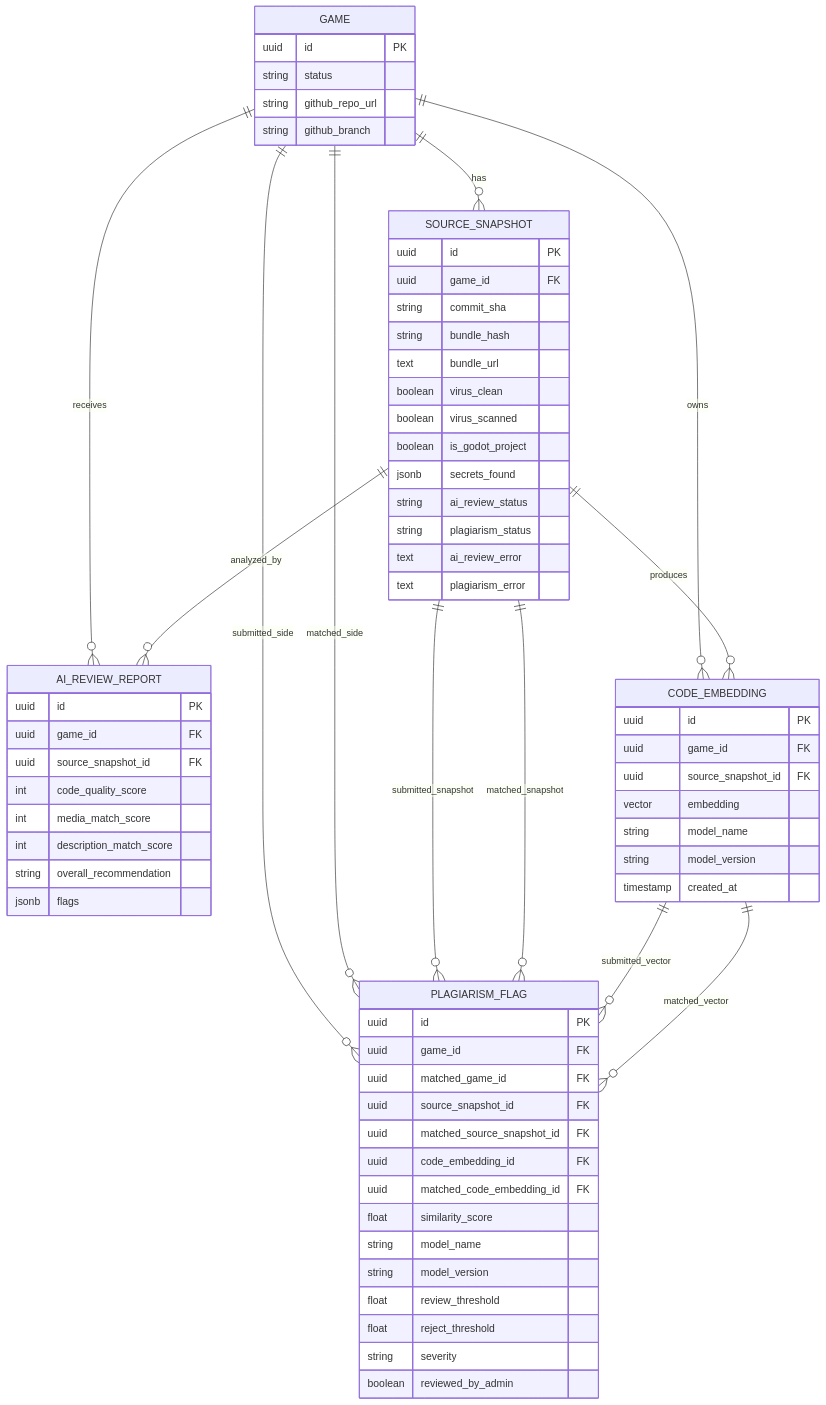
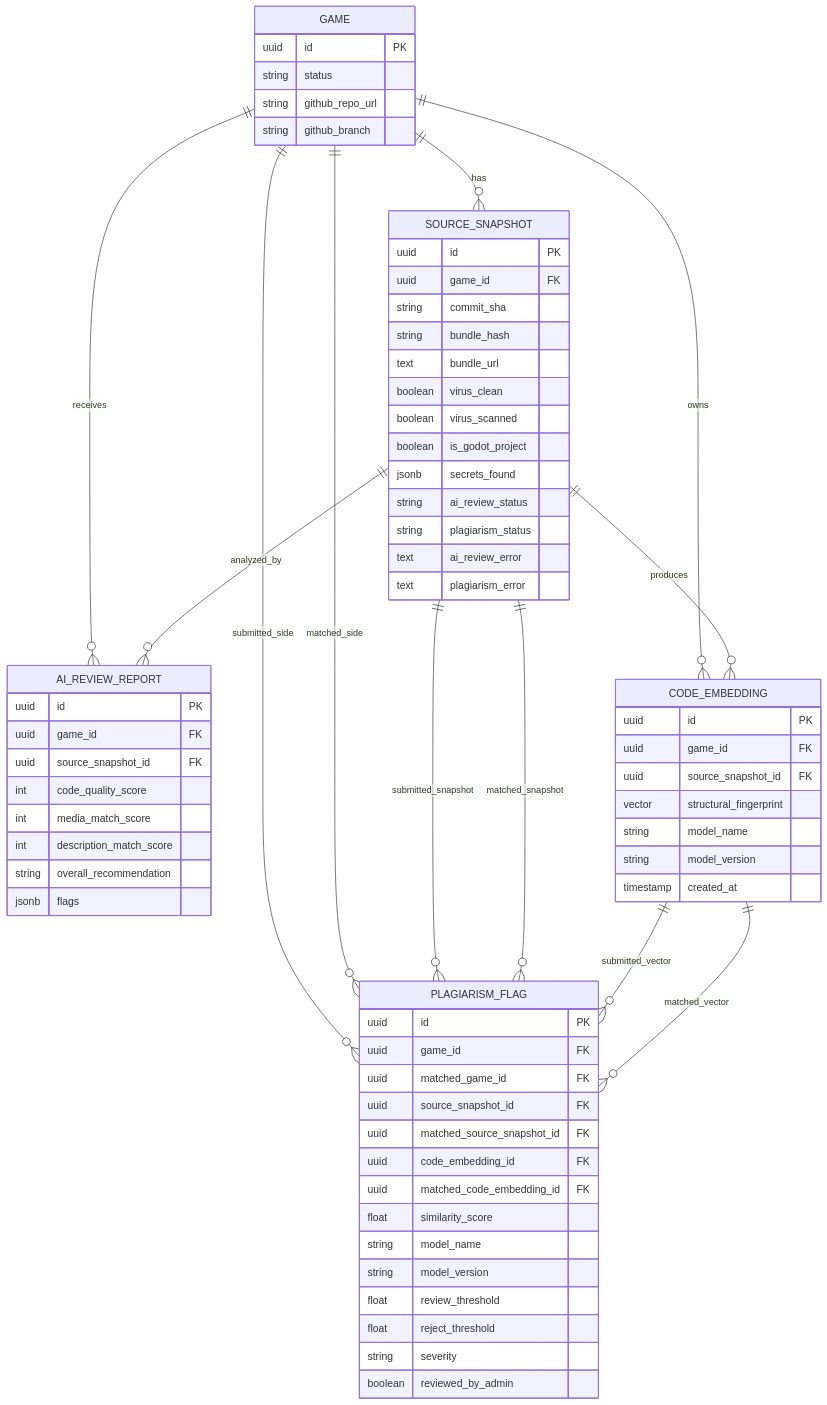
One commit to cuong78/godot-launch-capstone changed the third of 3 diagrams in backend/src/main/resources/docs/06-plagiarism-detection-plan.md. Above: the diagram before and after it, drawn with Mermaid. The commit also changed other lines of this file and 31 other files, not shown here.

````diff
--- a/backend/src/main/resources/docs/06-plagiarism-detection-plan.md
+++ b/backend/src/main/resources/docs/06-plagiarism-detection-plan.md
@@ -145,75 +145,75 @@
 ```mermaid
 erDiagram
     GAME ||--o{ SOURCE_SNAPSHOT : has
     GAME ||--o{ AI_REVIEW_REPORT : receives
     SOURCE_SNAPSHOT ||--o{ AI_REVIEW_REPORT : analyzed_by
     GAME ||--o{ CODE_EMBEDDING : owns
     SOURCE_SNAPSHOT ||--o{ CODE_EMBEDDING : produces
     GAME ||--o{ PLAGIARISM_FLAG : submitted_side
     GAME ||--o{ PLAGIARISM_FLAG : matched_side
     SOURCE_SNAPSHOT ||--o{ PLAGIARISM_FLAG : submitted_snapshot
     SOURCE_SNAPSHOT ||--o{ PLAGIARISM_FLAG : matched_snapshot
     CODE_EMBEDDING ||--o{ PLAGIARISM_FLAG : submitted_vector
     CODE_EMBEDDING ||--o{ PLAGIARISM_FLAG : matched_vector
 
     GAME {
         uuid id PK
         string status
         string github_repo_url
         string github_branch
     }
 
     SOURCE_SNAPSHOT {
         uuid id PK
         uuid game_id FK
         string commit_sha
         string bundle_hash
         text bundle_url
         boolean virus_clean
         boolean virus_scanned
         boolean is_godot_project
         jsonb secrets_found
         string ai_review_status
         string plagiarism_status
         text ai_review_error
         text plagiarism_error
     }
 
     AI_REVIEW_REPORT {
         uuid id PK
         uuid game_id FK
         uuid source_snapshot_id FK
         int code_quality_score
         int media_match_score
         int description_match_score
         string overall_recommendation
         jsonb flags
     }
 
     CODE_EMBEDDING {
         uuid id PK
         uuid game_id FK
         uuid source_snapshot_id FK
-        vector embedding
+        vector structural_fingerprint
         string model_name
         string model_version
         timestamp created_at
     }
 
     PLAGIARISM_FLAG {
         uuid id PK
         uuid game_id FK
         uuid matched_game_id FK
         uuid source_snapshot_id FK
         uuid matched_source_snapshot_id FK
         uuid code_embedding_id FK
         uuid matched_code_embedding_id FK
         float similarity_score
         string model_name
         string model_version
         float review_threshold
         float reject_threshold
         string severity
         boolean reviewed_by_admin
     }
 ```
````
